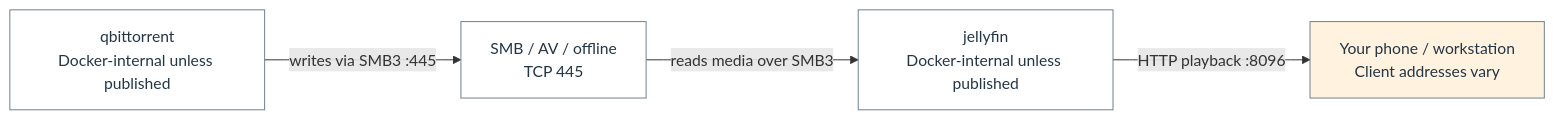
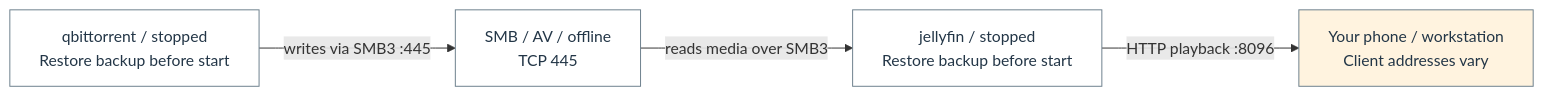
The fifth of 22 diagrams in docs/architecture/homelab-mermaid.md (Harsh-2002/Homelab), drawn with Mermaid before and after one commit. The commit also changed other lines of this file and 77 other files, not shown here.

````diff
--- a/docs/architecture/homelab-mermaid.md
+++ b/docs/architecture/homelab-mermaid.md
@@ -337,14 +343,14 @@
 ```mermaid
 flowchart LR
-  n_flow_3_0["qbittorrent<br/>Docker-internal unless published"]
+  n_flow_3_0["qbittorrent / stopped<br/>Restore backup before start"]
   n_flow_3_1["SMB / AV / offline<br/>TCP 445"]
-  n_flow_3_2["jellyfin<br/>Docker-internal unless published"]
+  n_flow_3_2["jellyfin / stopped<br/>Restore backup before start"]
   n_flow_3_3["Your phone / workstation<br/>Client addresses vary"]
   n_flow_3_0 -->|"writes via SMB3 :445"| n_flow_3_1
   n_flow_3_1 -->|"reads media over SMB3"| n_flow_3_2
   n_flow_3_2 -->|"HTTP playback :8096"| n_flow_3_3
   classDef c_flow_3_0 fill:#ffffff,stroke:#6c7f8c,color:#233647;
   class n_flow_3_0,n_flow_3_1,n_flow_3_2 c_flow_3_0;
   classDef c_flow_3_1 fill:#fff3df,stroke:#6c7f8c,color:#233647;
   class n_flow_3_3 c_flow_3_1;
 ```
````
